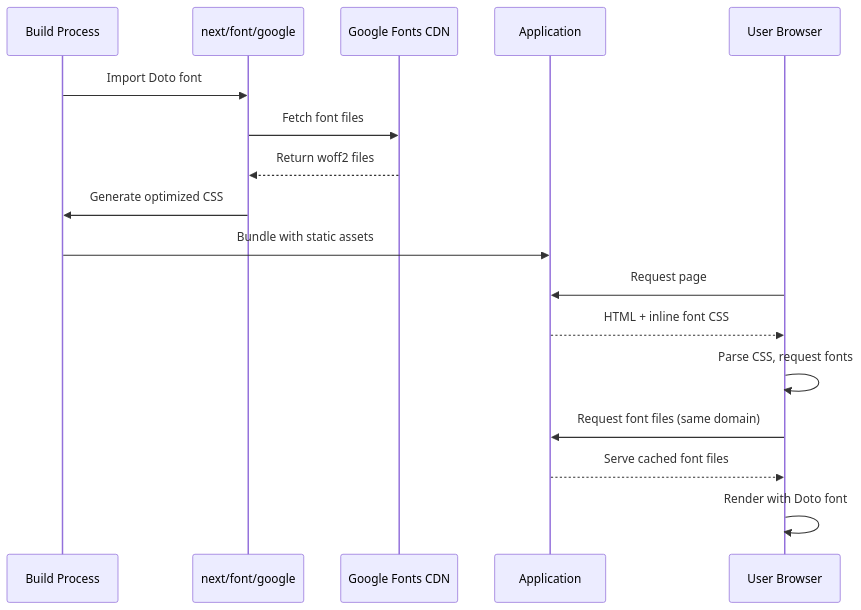
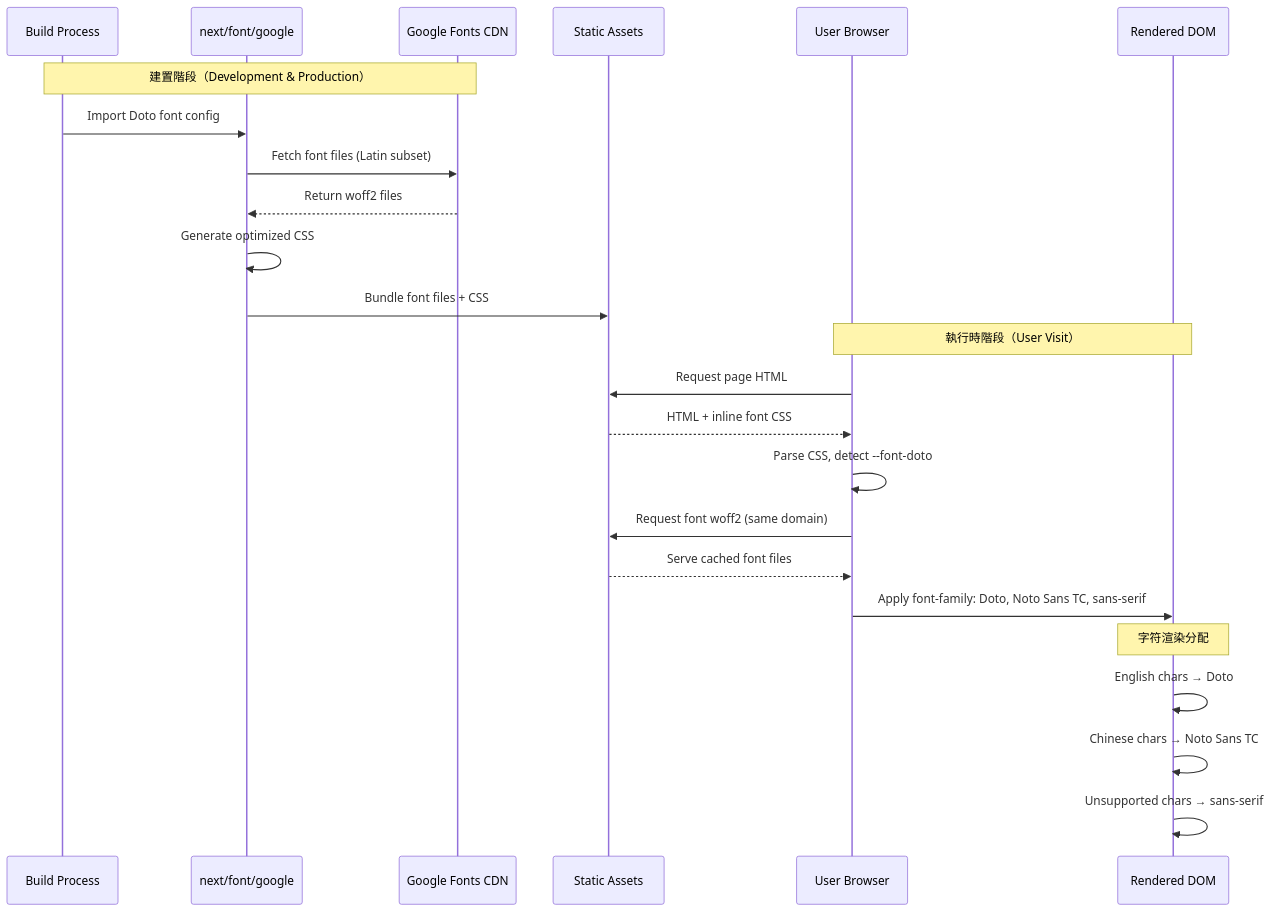
Before and after one commit to huan5678/wasteland-tarot-app: the second of 3 diagrams in .kiro/specs/doto-font-numbers/design.md, drawn with Mermaid. The commit also changed other lines of this file and 145 other files, not shown here.

````diff
--- a/.kiro/specs/doto-font-numbers/design.md
+++ b/.kiro/specs/doto-font-numbers/design.md
@@ -139,21 +118,29 @@
 ```mermaid
 sequenceDiagram
     participant Build as Build Process
     participant NextFont as next/font/google
-    participant GoogleFonts as Google Fonts CDN
-    participant App as Application
+    participant GoogleCDN as Google Fonts CDN
+    participant StaticAssets as Static Assets
     participant Browser as User Browser
+    participant DOM as Rendered DOM
 
-    Build->>NextFont: Import Doto font
-    NextFont->>GoogleFonts: Fetch font files
-    GoogleFonts-->>NextFont: Return woff2 files
-    NextFont->>Build: Generate optimized CSS
-    Build->>App: Bundle with static assets
+    Note over Build,GoogleCDN: 建置階段（Development & Production）
+    Build->>NextFont: Import Doto font config
+    NextFont->>GoogleCDN: Fetch font files (Latin subset)
+    GoogleCDN-->>NextFont: Return woff2 files
+    NextFont->>NextFont: Generate optimized CSS
+    NextFont->>StaticAssets: Bundle font files + CSS
 
-    Browser->>App: Request page
-    App-->>Browser: HTML + inline font CSS
-    Browser->>Browser: Parse CSS, request fonts
-    Browser->>App: Request font files (same domain)
-    App-->>Browser: Serve cached font files
-    Browser->>Browser: Render with Doto font
+    Note over Browser,DOM: 執行時階段（User Visit）
+    Browser->>StaticAssets: Request page HTML
+    StaticAssets-->>Browser: HTML + inline font CSS
+    Browser->>Browser: Parse CSS, detect --font-doto
+    Browser->>StaticAssets: Request font woff2 (same domain)
+    StaticAssets-->>Browser: Serve cached font files
+    Browser->>DOM: Apply font-family: Doto, Noto Sans TC, sans-serif
+
+    Note over DOM: 字符渲染分配
+    DOM->>DOM: English chars → Doto
+    DOM->>DOM: Chinese chars → Noto Sans TC
+    DOM->>DOM: Unsupported chars → sans-serif
 ```
````
